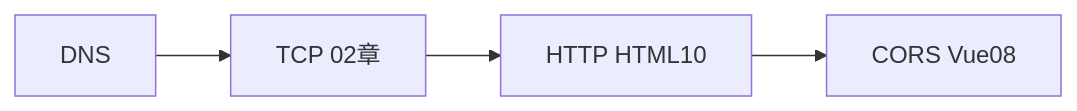
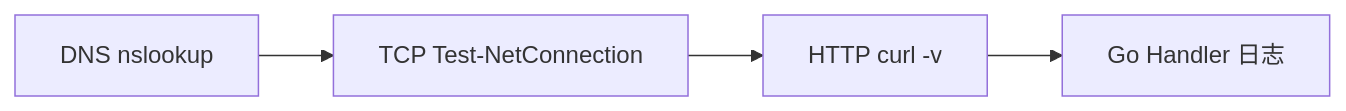
One commit to moqix26/study changed the sixth of 6 diagrams in 前端学习/计算机网络/03-IP地址与DNS解析.md. Above: the diagram before and after it, drawn with Mermaid. The commit also changed other lines of this file and 10 other files, not shown here.

````diff
--- a/前端学习/计算机网络/03-IP地址与DNS解析.md
+++ b/前端学习/计算机网络/03-IP地址与DNS解析.md
@@ -907,6 +699,6 @@
 ```mermaid
 flowchart LR
-    S1[DNS] --> S2[TCP 02章]
-    S2 --> S3[HTTP HTML10]
-    S3 --> S4[CORS Vue08]
+    S1[DNS nslookup] --> S2[TCP Test-NetConnection]
+    S2 --> S3[HTTP curl -v]
+    S3 --> S4[Go Handler 日志]
 ```
````
